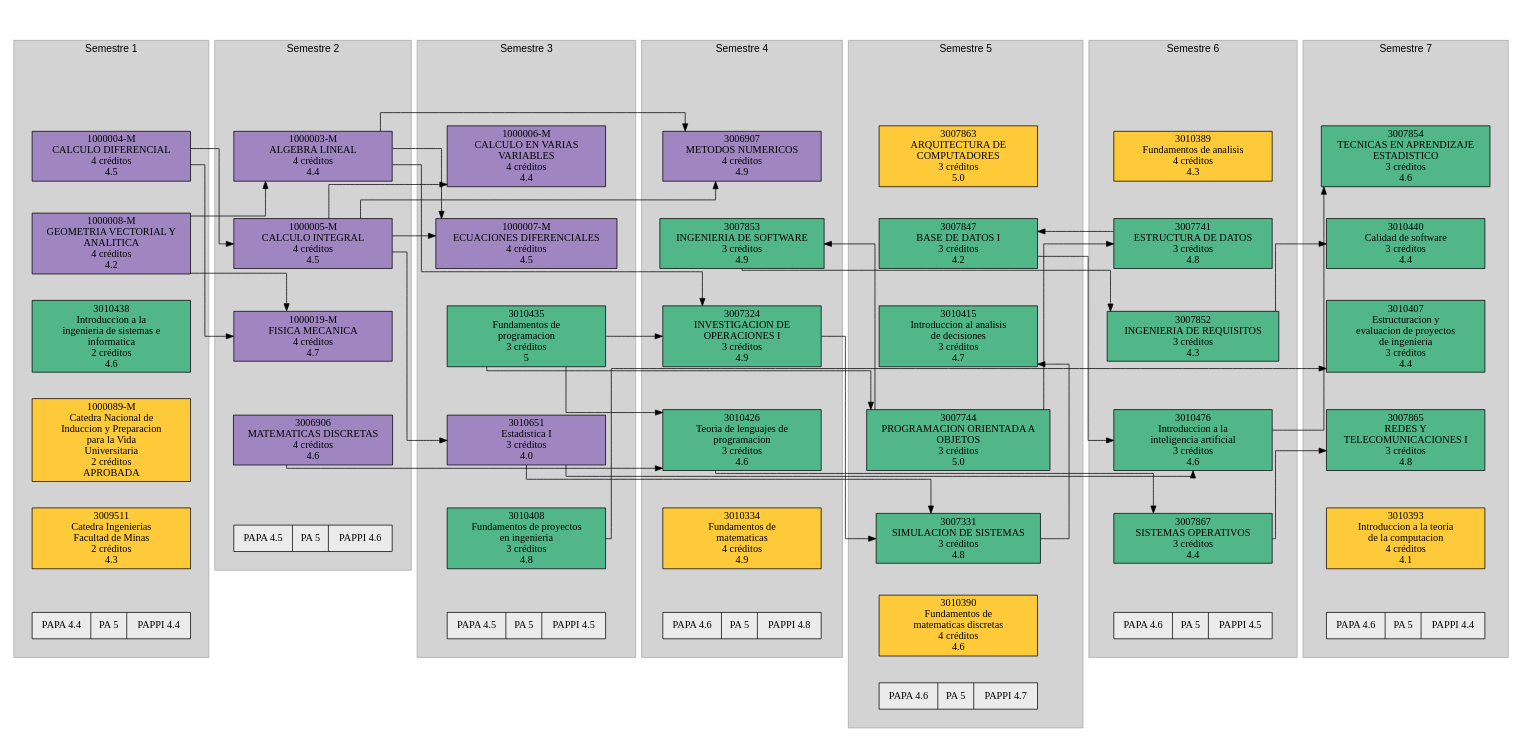
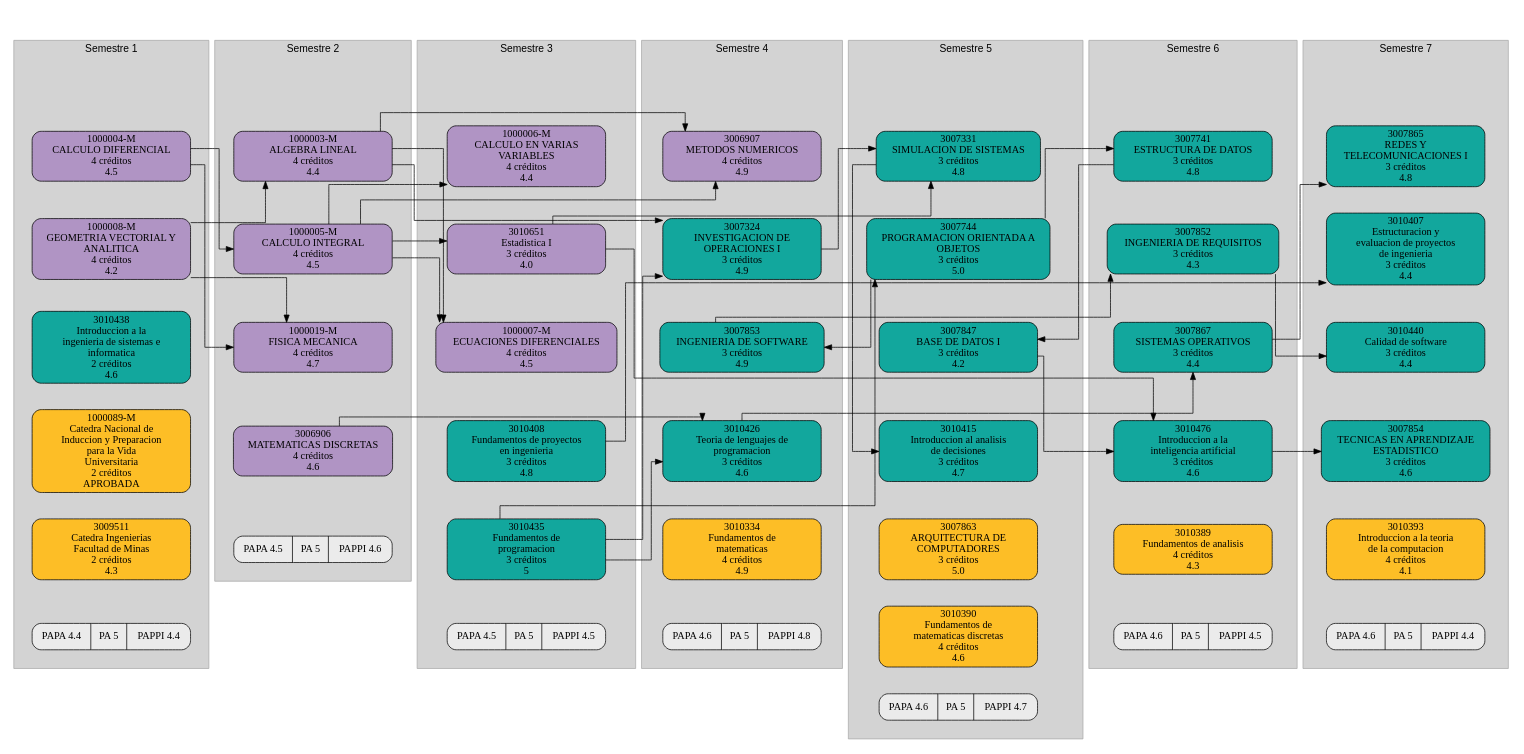
Before and after one commit to eporrasm/d-web: the diagram in codigo/asignatura_catalog/Digraph.gv, drawn with Graphviz. The commit also changed 2 other files, not shown here.

```diff
--- a/codigo/asignatura_catalog/Digraph.gv
+++ b/codigo/asignatura_catalog/Digraph.gv
@@ -4,26 +4,26 @@
 	sem_1 [height=0.02 style=invis width=0.02]
 	subgraph cluster_1 {
 		graph [margin=25 nodesep=0.02]
-		node [shape=box style=filled width=3]
+		node [shape=box style="rounded,filled" width=3]
 		color=darkgray fillcolor=lightGray fontname=Arial style=filled
 		label="Semestre 1"
 		"1000004-M" [label="1000004-M
 CALCULO DIFERENCIAL
 4 créditos
-4.5" color="#000000" fillcolor="#9f86c0" group=sem1 penwidth=1]
+4.5" color="#000000" fillcolor="#b094c4" group=sem1 penwidth=1]
 		sem_1 -> "1000004-M" [style=invis]
 		"1000008-M" [label="1000008-M
 GEOMETRIA VECTORIAL Y
 ANALITICA
 4 créditos
-4.2" color="#000000" fillcolor="#9f86c0" group=sem1 penwidth=1]
+4.2" color="#000000" fillcolor="#b094c4" group=sem1 penwidth=1]
 		"1000004-M" -> "1000008-M" [style=invis]
 		3010438 [label="3010438
 Introduccion a la
 ingenieria de sistemas e
 informatica
 2 créditos
-4.6" color="#000000" fillcolor="#52b788" group=sem1 penwidth=1]
+4.6" color="#000000" fillcolor="#12a79d" group=sem1 penwidth=1]
 		"1000008-M" -> 3010438 [style=invis]
 		"1000089-M" [label="1000089-M
 Catedra Nacional de
@@ -31,13 +31,13 @@
 para la Vida
 Universitaria
 2 créditos
-APROBADA" color="#000000" fillcolor="#ffca3a" group=sem1 penwidth=1]
+APROBADA" color="#000000" fillcolor="#fdbe26" group=sem1 penwidth=1]
 		3010438 -> "1000089-M" [style=invis]
 		3009511 [label="3009511
 Catedra Ingenierias
 Facultad de Minas
 2 créditos
-4.3" color="#000000" fillcolor="#ffca3a" group=sem1 penwidth=1]
+4.3" color="#000000" fillcolor="#fdbe26" group=sem1 penwidth=1]
 		"1000089-M" -> 3009511 [style=invis]
 		"Promedio 1" [label="PAPA 4.4|PA 5|PAPPI 4.4" fillcolor="#EBEBEB" shape=record]
 		3009511 -> "Promedio 1" [style=invis]
@@ -45,28 +45,28 @@
 	sem_2 [height=0.02 style=invis width=0.02]
 	subgraph cluster_2 {
 		graph [margin=25 nodesep=0.02]
-		node [shape=box style=filled width=3]
+		node [shape=box style="rounded,filled" width=3]
 		color=darkgray fillcolor=lightGray fontname=Arial style=filled
 		label="Semestre 2"
 		"1000003-M" [label="1000003-M
 ALGEBRA LINEAL
 4 créditos
-4.4" color="#000000" fillcolor="#9f86c0" group=sem2 penwidth=1]
+4.4" color="#000000" fillcolor="#b094c4" group=sem2 penwidth=1]
 		sem_2 -> "1000003-M" [style=invis]
 		"1000005-M" [label="1000005-M
 CALCULO INTEGRAL
 4 créditos
-4.5" color="#000000" fillcolor="#9f86c0" group=sem2 penwidth=1]
+4.5" color="#000000" fillcolor="#b094c4" group=sem2 penwidth=1]
 		"1000003-M" -> "1000005-M" [style=invis]
 		"1000019-M" [label="1000019-M
 FISICA MECANICA
 4 créditos
-4.7" color="#000000" fillcolor="#9f86c0" group=sem2 penwidth=1]
+4.7" color="#000000" fillcolor="#b094c4" group=sem2 penwidth=1]
 		"1000005-M" -> "1000019-M" [style=invis]
 		3006906 [label="3006906
 MATEMATICAS DISCRETAS
 4 créditos
-4.6" color="#000000" fillcolor="#9f86c0" group=sem2 penwidth=1]
+4.6" color="#000000" fillcolor="#b094c4" group=sem2 penwidth=1]
 		"1000019-M" -> 3006906 [style=invis]
 		"Promedio 2" [label="PAPA 4.5|PA 5|PAPPI 4.6" fillcolor="#EBEBEB" shape=record]
 		3006906 -> "Promedio 2" [style=invis]
@@ -74,73 +74,73 @@
 	sem_3 [height=0.02 style=invis width=0.02]
 	subgraph cluster_3 {
 		graph [margin=25 nodesep=0.02]
-		node [shape=box style=filled width=3]
+		node [shape=box style="rounded,filled" width=3]
 		color=darkgray fillcolor=lightGray fontname=Arial style=filled
 		label="Semestre 3"
 		"1000006-M" [label="1000006-M
 CALCULO EN VARIAS
 VARIABLES
 4 créditos
-4.4" color="#000000" fillcolor="#9f86c0" group=sem3 penwidth=1]
+4.4" color="#000000" fillcolor="#b094c4" group=sem3 penwidth=1]
 		sem_3 -> "1000006-M" [style=invis]
+		3010651 [label="3010651
+Estadistica I
+3 créditos
+4.0" color="#000000" fillcolor="#b094c4" group=sem3 penwidth=1]
+		"1000006-M" -> 3010651 [style=invis]
 		"1000007-M" [label="1000007-M
 ECUACIONES DIFERENCIALES
 4 créditos
-4.5" color="#000000" fillcolor="#9f86c0" group=sem3 penwidth=1]
-		"1000006-M" -> "1000007-M" [style=invis]
+4.5" color="#000000" fillcolor="#b094c4" group=sem3 penwidth=1]
+		3010651 -> "1000007-M" [style=invis]
+		3010408 [label="3010408
+Fundamentos de proyectos
+en ingenieria
+3 créditos
+4.8" color="#000000" fillcolor="#12a79d" group=sem3 penwidth=1]
+		"1000007-M" -> 3010408 [style=invis]
 		3010435 [label="3010435
 Fundamentos de
 programacion
 3 créditos
-5" color="#000000" fillcolor="#52b788" group=sem3 penwidth=1]
-		"1000007-M" -> 3010435 [style=invis]
-		3010651 [label="3010651
-Estadistica I
-3 créditos
-4.0" color="#000000" fillcolor="#9f86c0" group=sem3 penwidth=1]
-		3010435 -> 3010651 [style=invis]
-		3010408 [label="3010408
-Fundamentos de proyectos
-en ingenieria
-3 créditos
-4.8" color="#000000" fillcolor="#52b788" group=sem3 penwidth=1]
-		3010651 -> 3010408 [style=invis]
+5" color="#000000" fillcolor="#12a79d" group=sem3 penwidth=1]
+		3010408 -> 3010435 [style=invis]
 		"Promedio 3" [label="PAPA 4.5|PA 5|PAPPI 4.5" fillcolor="#EBEBEB" shape=record]
-		3010408 -> "Promedio 3" [style=invis]
+		3010435 -> "Promedio 3" [style=invis]
 	}
 	sem_4 [height=0.02 style=invis width=0.02]
 	subgraph cluster_4 {
 		graph [margin=25 nodesep=0.02]
-		node [shape=box style=filled width=3]
+		node [shape=box style="rounded,filled" width=3]
 		color=darkgray fillcolor=lightGray fontname=Arial style=filled
 		label="Semestre 4"
 		3006907 [label="3006907
 METODOS NUMERICOS
 4 créditos
-4.9" color="#000000" fillcolor="#9f86c0" group=sem4 penwidth=1]
+4.9" color="#000000" fillcolor="#b094c4" group=sem4 penwidth=1]
 		sem_4 -> 3006907 [style=invis]
-		3007853 [label="3007853
-INGENIERIA DE SOFTWARE
-3 créditos
-4.9" color="#000000" fillcolor="#52b788" group=sem4 penwidth=1]
-		3006907 -> 3007853 [style=invis]
 		3007324 [label="3007324
 INVESTIGACION DE
 OPERACIONES I
 3 créditos
-4.9" color="#000000" fillcolor="#52b788" group=sem4 penwidth=1]
-		3007853 -> 3007324 [style=invis]
+4.9" color="#000000" fillcolor="#12a79d" group=sem4 penwidth=1]
+		3006907 -> 3007324 [style=invis]
+		3007853 [label="3007853
+INGENIERIA DE SOFTWARE
+3 créditos
+4.9" color="#000000" fillcolor="#12a79d" group=sem4 penwidth=1]
+		3007324 -> 3007853 [style=invis]
 		3010426 [label="3010426
 Teoria de lenguajes de
 programacion
 3 créditos
-4.6" color="#000000" fillcolor="#52b788" group=sem4 penwidth=1]
-		3007324 -> 3010426 [style=invis]
+4.6" color="#000000" fillcolor="#12a79d" group=sem4 penwidth=1]
+		3007853 -> 3010426 [style=invis]
 		3010334 [label="3010334
 Fundamentos de
 matematicas
 4 créditos
-4.9" color="#000000" fillcolor="#ffca3a" group=sem4 penwidth=1]
+4.9" color="#000000" fillcolor="#fdbe26" group=sem4 penwidth=1]
 		3010426 -> 3010334 [style=invis]
 		"Promedio 4" [label="PAPA 4.6|PA 5|PAPPI 4.8" fillcolor="#EBEBEB" shape=record]
 		3010334 -> "Promedio 4" [style=invis]
@@ -148,117 +148,117 @@
 	sem_5 [height=0.02 style=invis width=0.02]
 	subgraph cluster_5 {
 		graph [margin=25 nodesep=0.02]
-		node [shape=box style=filled width=3]
+		node [shape=box style="rounded,filled" width=3]
 		color=darkgray fillcolor=lightGray fontname=Arial style=filled
 		label="Semestre 5"
+		3007331 [label="3007331
+SIMULACION DE SISTEMAS
+3 créditos
+4.8" color="#000000" fillcolor="#12a79d" group=sem5 penwidth=1]
+		sem_5 -> 3007331 [style=invis]
+		3007744 [label="3007744
+PROGRAMACION ORIENTADA A
+OBJETOS
+3 créditos
+5.0" color="#000000" fillcolor="#12a79d" group=sem5 penwidth=1]
+		3007331 -> 3007744 [style=invis]
+		3007847 [label="3007847
+BASE DE DATOS I
+3 créditos
+4.2" color="#000000" fillcolor="#12a79d" group=sem5 penwidth=1]
+		3007744 -> 3007847 [style=invis]
+		3010415 [label="3010415
+Introduccion al analisis
+de decisiones
+3 créditos
+4.7" color="#000000" fillcolor="#12a79d" group=sem5 penwidth=1]
+		3007847 -> 3010415 [style=invis]
 		3007863 [label="3007863
 ARQUITECTURA DE
 COMPUTADORES
 3 créditos
-5.0" color="#000000" fillcolor="#ffca3a" group=sem5 penwidth=1]
-		sem_5 -> 3007863 [style=invis]
-		3007847 [label="3007847
-BASE DE DATOS I
-3 créditos
-4.2" color="#000000" fillcolor="#52b788" group=sem5 penwidth=1]
-		3007863 -> 3007847 [style=invis]
-		3010415 [label="3010415
-Introduccion al analisis
-de decisiones
-3 créditos
-4.7" color="#000000" fillcolor="#52b788" group=sem5 penwidth=1]
-		3007847 -> 3010415 [style=invis]
-		3007744 [label="3007744
-PROGRAMACION ORIENTADA A
-OBJETOS
-3 créditos
-5.0" color="#000000" fillcolor="#52b788" group=sem5 penwidth=1]
-		3010415 -> 3007744 [style=invis]
-		3007331 [label="3007331
-SIMULACION DE SISTEMAS
-3 créditos
-4.8" color="#000000" fillcolor="#52b788" group=sem5 penwidth=1]
-		3007744 -> 3007331 [style=invis]
+5.0" color="#000000" fillcolor="#fdbe26" group=sem5 penwidth=1]
+		3010415 -> 3007863 [style=invis]
 		3010390 [label="3010390
 Fundamentos de
 matematicas discretas
 4 créditos
-4.6" color="#000000" fillcolor="#ffca3a" group=sem5 penwidth=1]
-		3007331 -> 3010390 [style=invis]
+4.6" color="#000000" fillcolor="#fdbe26" group=sem5 penwidth=1]
+		3007863 -> 3010390 [style=invis]
 		"Promedio 5" [label="PAPA 4.6|PA 5|PAPPI 4.7" fillcolor="#EBEBEB" shape=record]
 		3010390 -> "Promedio 5" [style=invis]
 	}
 	sem_6 [height=0.02 style=invis width=0.02]
 	subgraph cluster_6 {
 		graph [margin=25 nodesep=0.02]
-		node [shape=box style=filled width=3]
+		node [shape=box style="rounded,filled" width=3]
 		color=darkgray fillcolor=lightGray fontname=Arial style=filled
 		label="Semestre 6"
-		3010389 [label="3010389
-Fundamentos de analisis
-4 créditos
-4.3" color="#000000" fillcolor="#ffca3a" group=sem6 penwidth=1]
-		sem_6 -> 3010389 [style=invis]
 		3007741 [label="3007741
 ESTRUCTURA DE DATOS
 3 créditos
-4.8" color="#000000" fillcolor="#52b788" group=sem6 penwidth=1]
-		3010389 -> 3007741 [style=invis]
+4.8" color="#000000" fillcolor="#12a79d" group=sem6 penwidth=1]
+		sem_6 -> 3007741 [style=invis]
 		3007852 [label="3007852
 INGENIERIA DE REQUISITOS
 3 créditos
-4.3" color="#000000" fillcolor="#52b788" group=sem6 penwidth=1]
+4.3" color="#000000" fillcolor="#12a79d" group=sem6 penwidth=1]
 		3007741 -> 3007852 [style=invis]
+		3007867 [label="3007867
+SISTEMAS OPERATIVOS
+3 créditos
+4.4" color="#000000" fillcolor="#12a79d" group=sem6 penwidth=1]
+		3007852 -> 3007867 [style=invis]
 		3010476 [label="3010476
 Introduccion a la
 inteligencia artificial
 3 créditos
-4.6" color="#000000" fillcolor="#52b788" group=sem6 penwidth=1]
-		3007852 -> 3010476 [style=invis]
-		3007867 [label="3007867
-SISTEMAS OPERATIVOS
-3 créditos
-4.4" color="#000000" fillcolor="#52b788" group=sem6 penwidth=1]
-		3010476 -> 3007867 [style=invis]
+4.6" color="#000000" fillcolor="#12a79d" group=sem6 penwidth=1]
+		3007867 -> 3010476 [style=invis]
+		3010389 [label="3010389
+Fundamentos de analisis
+4 créditos
+4.3" color="#000000" fillcolor="#fdbe26" group=sem6 penwidth=1]
+		3010476 -> 3010389 [style=invis]
 		"Promedio 6" [label="PAPA 4.6|PA 5|PAPPI 4.5" fillcolor="#EBEBEB" shape=record]
-		3007867 -> "Promedio 6" [style=invis]
+		3010389 -> "Promedio 6" [style=invis]
 	}
 	sem_7 [height=0.02 style=invis width=0.02]
 	subgraph cluster_7 {
 		graph [margin=25 nodesep=0.02]
-		node [shape=box style=filled width=3]
+		node [shape=box style="rounded,filled" width=3]
 		color=darkgray fillcolor=lightGray fontname=Arial style=filled
 		label="Semestre 7"
-		3007854 [label="3007854
-TECNICAS EN APRENDIZAJE
-ESTADISTICO
+		3007865 [label="3007865
+REDES Y
+TELECOMUNICACIONES I
 3 créditos
-4.6" color="#000000" fillcolor="#52b788" group=sem7 penwidth=1]
-		sem_7 -> 3007854 [style=invis]
-		3010440 [label="3010440
-Calidad de software
-3 créditos
-4.4" color="#000000" fillcolor="#52b788" group=sem7 penwidth=1]
-		3007854 -> 3010440 [style=invis]
+4.8" color="#000000" fillcolor="#12a79d" group=sem7 penwidth=1]
+		sem_7 -> 3007865 [style=invis]
 		3010407 [label="3010407
 Estructuracion y
 evaluacion de proyectos
 de ingenieria
 3 créditos
-4.4" color="#000000" fillcolor="#52b788" group=sem7 penwidth=1]
-		3010440 -> 3010407 [style=invis]
-		3007865 [label="3007865
-REDES Y
-TELECOMUNICACIONES I
+4.4" color="#000000" fillcolor="#12a79d" group=sem7 penwidth=1]
+		3007865 -> 3010407 [style=invis]
+		3010440 [label="3010440
+Calidad de software
 3 créditos
-4.8" color="#000000" fillcolor="#52b788" group=sem7 penwidth=1]
-		3010407 -> 3007865 [style=invis]
+4.4" color="#000000" fillcolor="#12a79d" group=sem7 penwidth=1]
+		3010407 -> 3010440 [style=invis]
+		3007854 [label="3007854
+TECNICAS EN APRENDIZAJE
+ESTADISTICO
+3 créditos
+4.6" color="#000000" fillcolor="#12a79d" group=sem7 penwidth=1]
+		3010440 -> 3007854 [style=invis]
 		3010393 [label="3010393
 Introduccion a la teoria
 de la computacion
 4 créditos
-4.1" color="#000000" fillcolor="#ffca3a" group=sem7 penwidth=1]
-		3007865 -> 3010393 [style=invis]
+4.1" color="#000000" fillcolor="#fdbe26" group=sem7 penwidth=1]
+		3007854 -> 3010393 [style=invis]
 		"Promedio 7" [label="PAPA 4.6|PA 5|PAPPI 4.4" fillcolor="#EBEBEB" shape=record]
 		3010393 -> "Promedio 7" [style=invis]
 	}
@@ -267,30 +267,30 @@
 	"1000004-M" -> "1000019-M" [constraint=false]
 	"1000008-M" -> "1000019-M" [constraint=false]
 	"1000005-M" -> "1000006-M" [constraint=false]
+	"1000005-M" -> 3010651 [constraint=false]
 	"1000003-M" -> "1000007-M" [constraint=false]
 	"1000005-M" -> "1000007-M" [constraint=false]
-	"1000005-M" -> 3010651 [constraint=false]
 	"1000003-M" -> 3006907 [constraint=false]
 	"1000005-M" -> 3006907 [constraint=false]
-	3007744 -> 3007853 [constraint=false]
 	"1000003-M" -> 3007324 [constraint=false]
 	3010435 -> 3007324 [constraint=false]
+	3007744 -> 3007853 [constraint=false]
 	3010435 -> 3010426 [constraint=false]
 	3006906 -> 3010426 [constraint=false]
+	3007324 -> 3007331 [constraint=false]
+	3010651 -> 3007331 [constraint=false]
+	3010435 -> 3007744 [constraint=false]
 	3007741 -> 3007847 [constraint=false]
 	3007331 -> 3010415 [constraint=false]
-	3010435 -> 3007744 [constraint=false]
-	3007324 -> 3007331 [constraint=false]
-	3010651 -> 3007331 [constraint=false]
 	3007744 -> 3007741 [constraint=false]
 	3007853 -> 3007852 [constraint=false]
+	3010426 -> 3007867 [constraint=false]
 	3010651 -> 3010476 [constraint=false]
 	3007847 -> 3010476 [constraint=false]
-	3010426 -> 3007867 [constraint=false]
+	3007867 -> 3007865 [constraint=false]
+	3010408 -> 3010407 [constraint=false]
+	3007852 -> 3010440 [constraint=false]
 	3010476 -> 3007854 [constraint=false]
-	3007852 -> 3010440 [constraint=false]
-	3010408 -> 3010407 [constraint=false]
-	3007867 -> 3007865 [constraint=false]
 	start -> sem_1 [lhead=cluster_1 style=invis]
 	start -> sem_2 [lhead=cluster_2 style=invis]
 	start -> sem_3 [lhead=cluster_3 style=invis]
```
